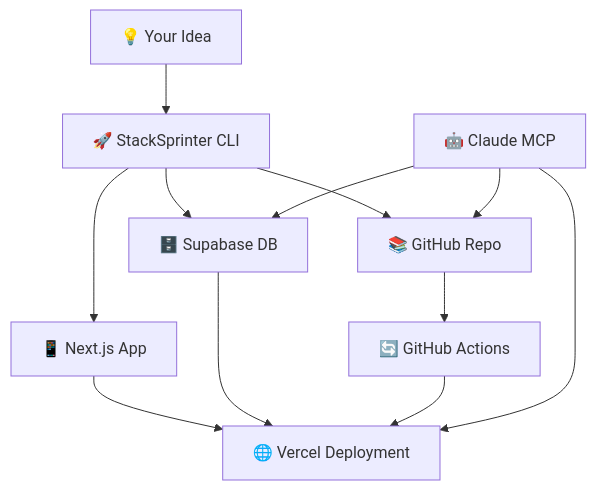
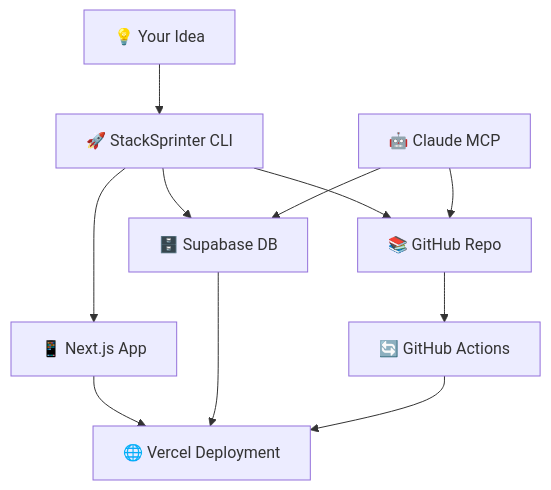
Before and after one commit to Snack-JPG/StackSprinter: the diagram in README.md, drawn with Mermaid. The commit also changed other lines of this file and 9 other files, not shown here.

````diff
--- a/README.md
+++ b/README.md
@@ -178,14 +174,13 @@
 ```mermaid
 graph TB
     A[💡 Your Idea] --> B[🚀 StackSprinter CLI]
     B --> C[📱 Next.js App]
     B --> D[🗄️ Supabase DB]
     B --> E[📚 GitHub Repo]
     C --> F[🌐 Vercel Deployment]
     D --> F
     E --> G[🔄 GitHub Actions]
     G --> F
     H[🤖 Claude MCP] --> D
     H --> E
-    H --> F
 ```
````
